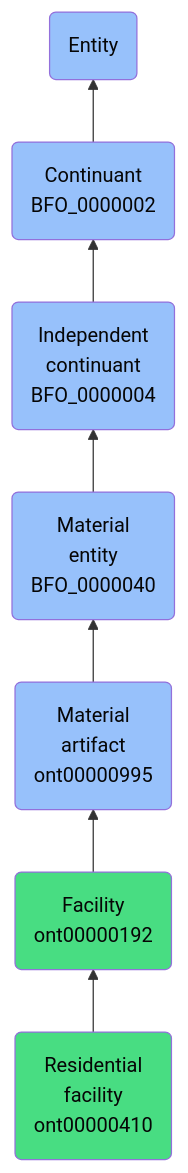
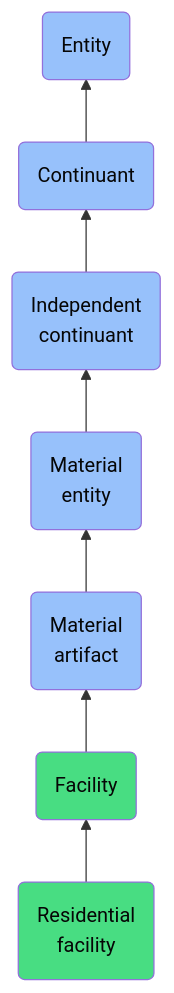
One commit to jupyter-naas/abi changed the diagram in docs/ontology/reference/model/Entity/Continuant/Independent continuant/Material entity/Material artifact/Facility/Residential facility/Residential facility.md. Above: the diagram before and after it, drawn with Mermaid. The commit also changed other lines of this file and 1430 other files, not shown here.

````diff
--- a/docs/ontology/reference/model/Entity/Continuant/Independent continuant/Material entity/Material artifact/Facility/Residential facility/Residential facility.md
+++ b/docs/ontology/reference/model/Entity/Continuant/Independent continuant/Material entity/Material artifact/Facility/Residential facility/Residential facility.md
@@ -24,14 +24,14 @@
 ```mermaid
 graph BT
-    ont00000410(Residential<br>facility<br>ont00000410):::ABI-->ont00000192
-    ont00000192(Facility<br>ont00000192):::ABI-->ont00000995
-    ont00000995(Material<br>artifact<br>ont00000995):::BFO-->BFO_0000040
-    BFO_0000040(Material<br>entity<br>BFO_0000040):::BFO-->BFO_0000004
-    BFO_0000004(Independent<br>continuant<br>BFO_0000004):::BFO-->BFO_0000002
-    BFO_0000002(Continuant<br>BFO_0000002):::BFO-->BFO_0000001
+    ont00000410(Residential<br>facility):::ABI-->ont00000192
+    ont00000192(Facility):::ABI-->ont00000995
+    ont00000995(Material<br>artifact):::BFO-->BFO_0000040
+    BFO_0000040(Material<br>entity):::BFO-->BFO_0000004
+    BFO_0000004(Independent<br>continuant):::BFO-->BFO_0000002
+    BFO_0000002(Continuant):::BFO-->BFO_0000001
     BFO_0000001(Entity):::BFO
     
     classDef BFO fill:#97c1fb,color:#060606
     classDef CCO fill:#e4c51e,color:#060606
     classDef ABI fill:#48DD82,color:#060606
 ```
````
